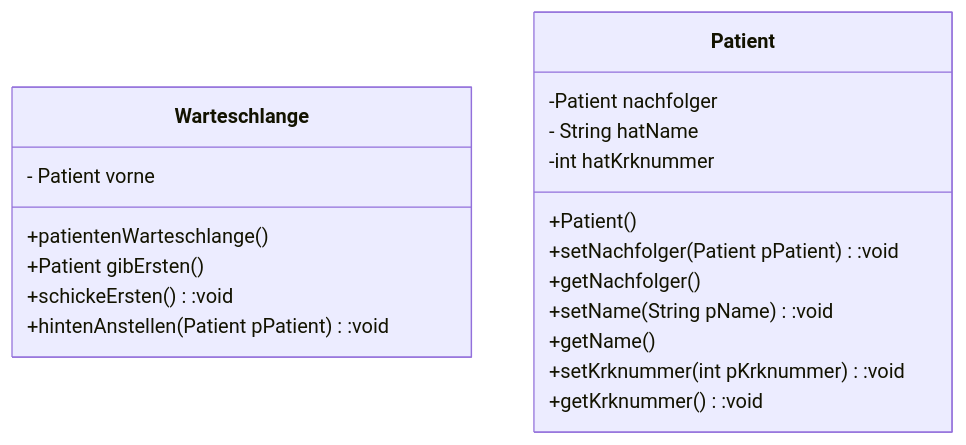
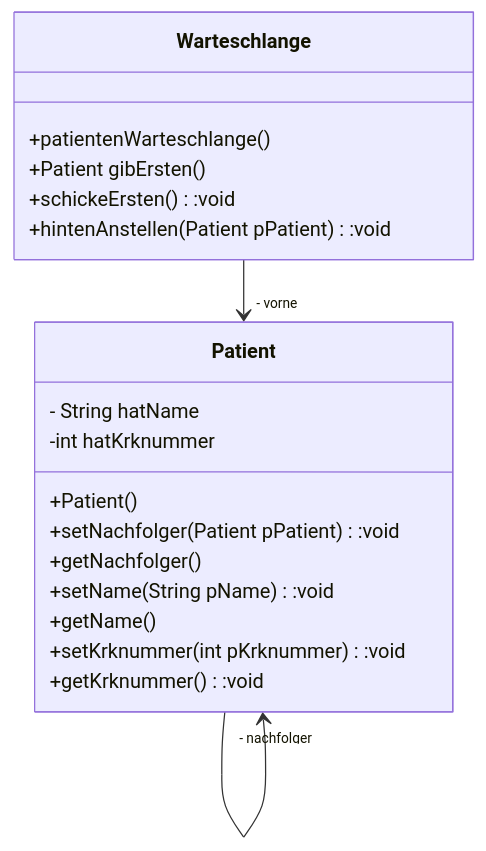
Before and after one commit to rueckertgym/begleitmaterial: the diagram in book/lineareDatenstrukturen/queue/queue_Modellierung.md, drawn with Mermaid.

````diff
--- a/book/lineareDatenstrukturen/queue/queue_Modellierung.md
+++ b/book/lineareDatenstrukturen/queue/queue_Modellierung.md
@@ -18,22 +18,22 @@
 ```mermaid
 classDiagram
+Patient --> "- nachfolger" Patient
+Warteschlange --> "- vorne" Patient 
       class Warteschlange{
-      - Patient vorne
           +patientenWarteschlange()
           +Patient gibErsten()
           +schickeErsten():void
           +hintenAnstellen(Patient pPatient):void        
         }
         class Patient{
-        -Patient nachfolger
         - String hatName
         -int hatKrknummer
           +Patient()
           +setNachfolger(Patient pPatient):void
           +getNachfolger()
           +setName(String pName):void
           +getName()
           +setKrknummer(int pKrknummer):void
           +getKrknummer():void
           }
  ```
````
